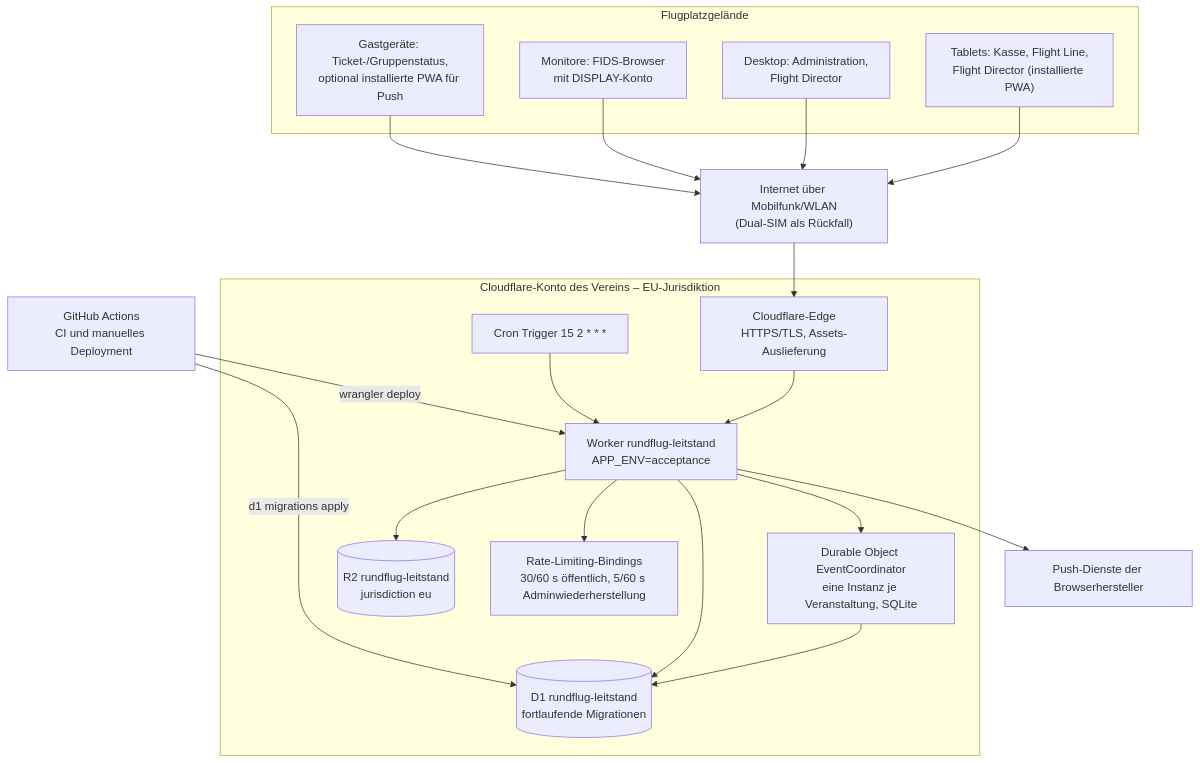
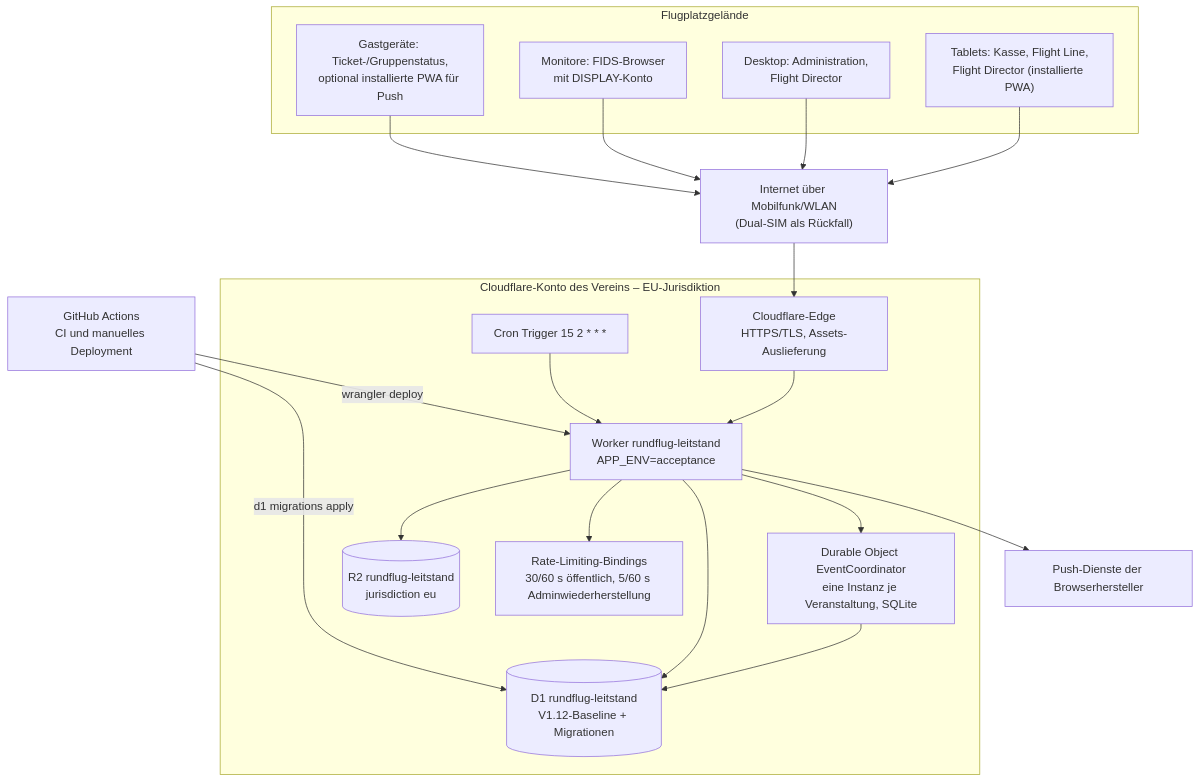
The first of 2 diagrams in docs/arc42/07-verteilungssicht.md (aguther/rundflug-leitstand), drawn with Mermaid before and after one commit. The commit also changed other lines of this file and 120 other files, not shown here.

````diff
--- a/docs/arc42/07-verteilungssicht.md
+++ b/docs/arc42/07-verteilungssicht.md
@@ -5,34 +5,34 @@
 ```mermaid
 flowchart TB
     subgraph Gelaende["Flugplatzgelände"]
         TAB["Tablets: Kasse, Flight Line,<br/>Flight Director (installierte PWA)"]
         DESK["Desktop: Administration,<br/>Flight Director"]
         MON["Monitore: FIDS-Browser<br/>mit DISPLAY-Konto"]
         GAST["Gastgeräte: Ticket-/Gruppenstatus,<br/>optional installierte PWA für Push"]
     end
 
     NET["Internet über Mobilfunk/WLAN<br/>(Dual-SIM als Rückfall)"]
 
     subgraph CF["Cloudflare-Konto des Vereins – EU-Jurisdiktion"]
         EDGE["Cloudflare-Edge<br/>HTTPS/TLS, Assets-Auslieferung"]
         WK["Worker rundflug-leitstand<br/>APP_ENV=acceptance"]
         DOI["Durable Object EventCoordinator<br/>eine Instanz je Veranstaltung, SQLite"]
-        D1[("D1 rundflug-leitstand<br/>fortlaufende Migrationen")]
+        D1[("D1 rundflug-leitstand<br/>V1.12-Baseline + Migrationen")]
         R2[("R2 rundflug-leitstand<br/>jurisdiction eu")]
         RL["Rate-Limiting-Bindings<br/>30/60 s öffentlich, 5/60 s Adminwiederherstellung"]
         CRON["Cron Trigger 15 2 * * *"]
     end
 
     GH["GitHub Actions<br/>CI und manuelles Deployment"]
     PUSH["Push-Dienste der Browserhersteller"]
 
     TAB & DESK & MON & GAST --> NET --> EDGE --> WK
     WK --> DOI --> D1
     WK --> D1
     WK --> R2
     WK --> RL
     CRON --> WK
     WK --> PUSH
     GH -->|"wrangler deploy"| WK
     GH -->|"d1 migrations apply"| D1
 ```
````
